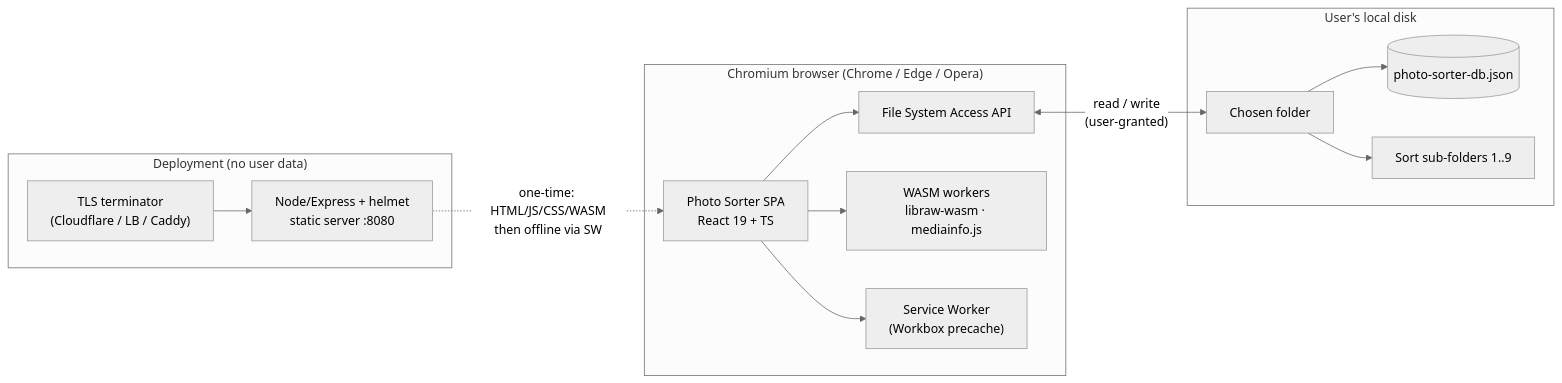
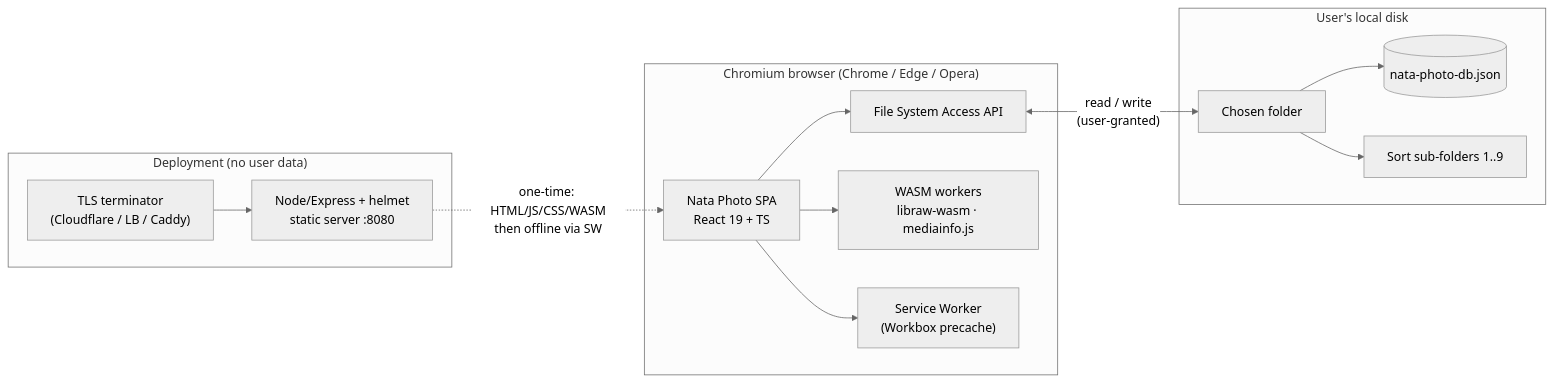
One commit to frama21/photo-sorter changed the first of 7 diagrams in docs/TDD.md. Above: the diagram before and after it, drawn with Mermaid (neutral theme). The commit also changed other lines of this file and 149 other files, not shown here.

````diff
--- a/docs/TDD.md
+++ b/docs/TDD.md
@@ -34,29 +34,29 @@
 ```mermaid
 flowchart LR
   subgraph Browser["Chromium browser (Chrome / Edge / Opera)"]
-    App["Photo Sorter SPA<br/>React 19 + TS"]
+    App["Nata Photo SPA<br/>React 19 + TS"]
     FSAA["File System Access API"]
     WASM["WASM workers<br/>libraw-wasm · mediainfo.js"]
     SW["Service Worker<br/>(Workbox precache)"]
     App --> FSAA
     App --> WASM
     App --> SW
   end
 
   subgraph Disk["User's local disk"]
     Folder["Chosen folder"]
-    DB[("photo-sorter-db.json")]
+    DB[("nata-photo-db.json")]
     Sub["Sort sub-folders 1..9"]
     Folder --> DB
     Folder --> Sub
   end
 
   subgraph Edge["Deployment (no user data)"]
     TLS["TLS terminator<br/>(Cloudflare / LB / Caddy)"]
     Server["Node/Express + helmet<br/>static server :8080"]
     TLS --> Server
   end
 
   FSAA <-->|"read / write<br/>(user-granted)"| Folder
   Server -.->|"one-time: HTML/JS/CSS/WASM<br/>then offline via SW"| App
 ```
````
